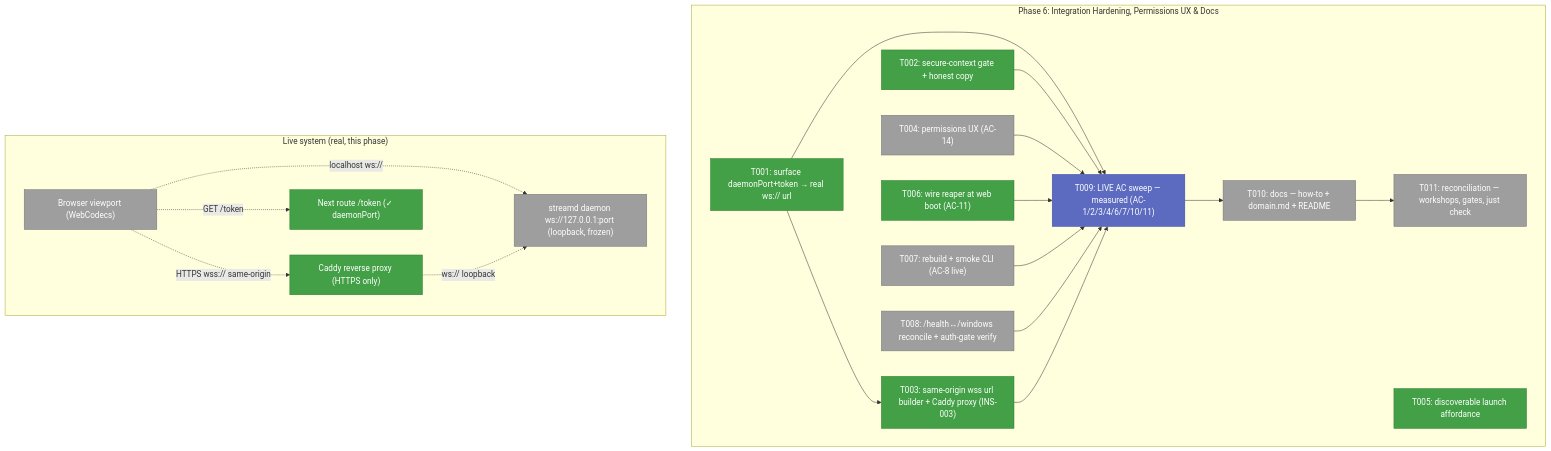
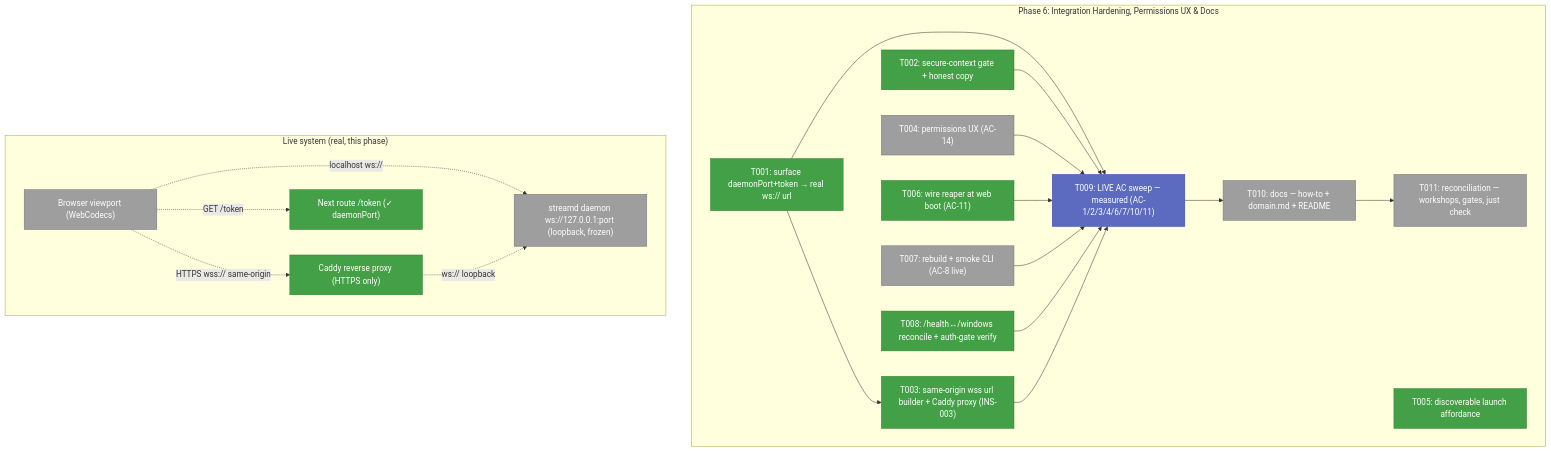
Before and after one commit to AI-Substrate/chainglass: the first of 3 diagrams in docs/plans/088-remote-app-view/tasks/phase-6-integration-hardening-permissions-ux-docs/tasks.md, drawn with Mermaid. The commit also changed other lines of this file and 1 other file, not shown here.

Commit message:
docs(remote-view): T008 done in tasks + execution log (auth gap was DISABLE_AUTH false alarm) (Plan 088 Phase 6)

````diff
--- a/docs/plans/088-remote-app-view/tasks/phase-6-integration-hardening-permissions-ux-docs/tasks.md
+++ b/docs/plans/088-remote-app-view/tasks/phase-6-integration-hardening-permissions-ux-docs/tasks.md
@@ -97,42 +97,42 @@
 ```mermaid
 flowchart TD
     classDef pending fill:#9E9E9E,stroke:#757575,color:#fff
     classDef gate fill:#5C6BC0,stroke:#3949AB,color:#fff
     classDef completed fill:#43A047,stroke:#2E7D32,color:#fff
     classDef inprogress fill:#FB8C00,stroke:#EF6C00,color:#fff
 
     subgraph P6["Phase 6: Integration Hardening, Permissions UX & Docs"]
         T001["T001: surface daemonPort+token → real ws:// url"]:::completed
         T002["T002: secure-context gate + honest copy"]:::completed
         T003["T003: same-origin wss url builder + Caddy proxy (INS-003)"]:::completed
         T004["T004: permissions UX (AC-14)"]:::pending
         T005["T005: discoverable launch affordance"]:::completed
         T006["T006: wire reaper at web boot (AC-11)"]:::completed
         T007["T007: rebuild + smoke CLI (AC-8 live)"]:::pending
-        T008["T008: /health↔/windows reconcile + auth-gate verify"]:::pending
+        T008["T008: /health↔/windows reconcile + auth-gate verify"]:::completed
         T009["T009: LIVE AC sweep — measured (AC-1/2/3/4/6/7/10/11)"]:::gate
         T010["T010: docs — how-to + domain.md + README"]:::pending
         T011["T011: reconciliation — workshops, gates, just check"]:::pending
 
         T001 --> T003
         T001 --> T009
         T002 --> T009
         T004 --> T009
         T006 --> T009
         T007 --> T009
         T008 --> T009
         T003 --> T009
         T009 --> T010
         T010 --> T011
     end
 
     subgraph Live["Live system (real, this phase)"]
         BR["Browser viewport (WebCodecs)"]:::pending
         NX["Next route /token (✓ daemonPort)"]:::completed
         CX["Caddy reverse proxy (HTTPS only)"]:::completed
         DA["streamd daemon ws://127.0.0.1:port (loopback, frozen)"]:::pending
         BR -.localhost ws://.-> DA
         BR -.HTTPS wss:// same-origin.-> CX -.ws:// loopback.-> DA
         BR -.GET /token.-> NX
     end
 ```
````
